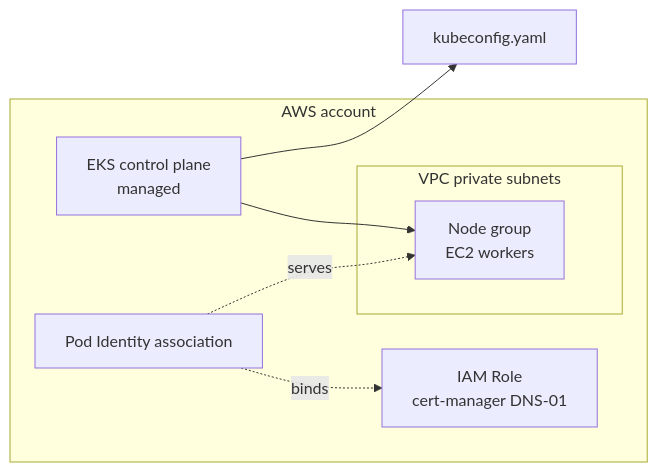
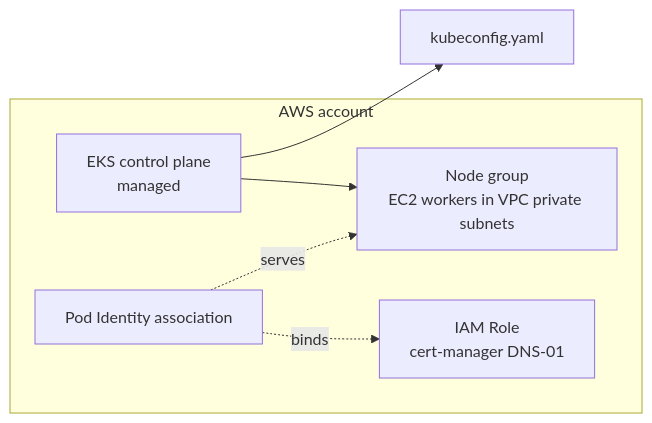
Before and after one commit to windsorcli/core: the second of 3 diagrams in terraform/cluster/README.md, drawn with Mermaid. The commit also changed other lines of this file and 6 other files, not shown here.

Commit message:
chore(docs): refine flowcharts in README files for backend, cluster, compute, CNI, network, gitops, and workstation categories

````diff
--- a/terraform/cluster/README.md
+++ b/terraform/cluster/README.md
@@ -63,20 +63,16 @@
 ```mermaid
 flowchart LR
   subgraph aws[AWS account]
     eks[EKS control plane<br/>managed]
-
-    subgraph priv[VPC private subnets]
-      ng[Node group<br/>EC2 workers]
-    end
-
+    ng[Node group<br/>EC2 workers in VPC private subnets]
     iam[IAM Role<br/>cert-manager DNS-01]
     pi[Pod Identity association]
   end
 
   kc[kubeconfig.yaml]
 
   eks --> ng
   eks --> kc
   pi -.binds.-> iam
   pi -.serves.-> ng
 ```
````
